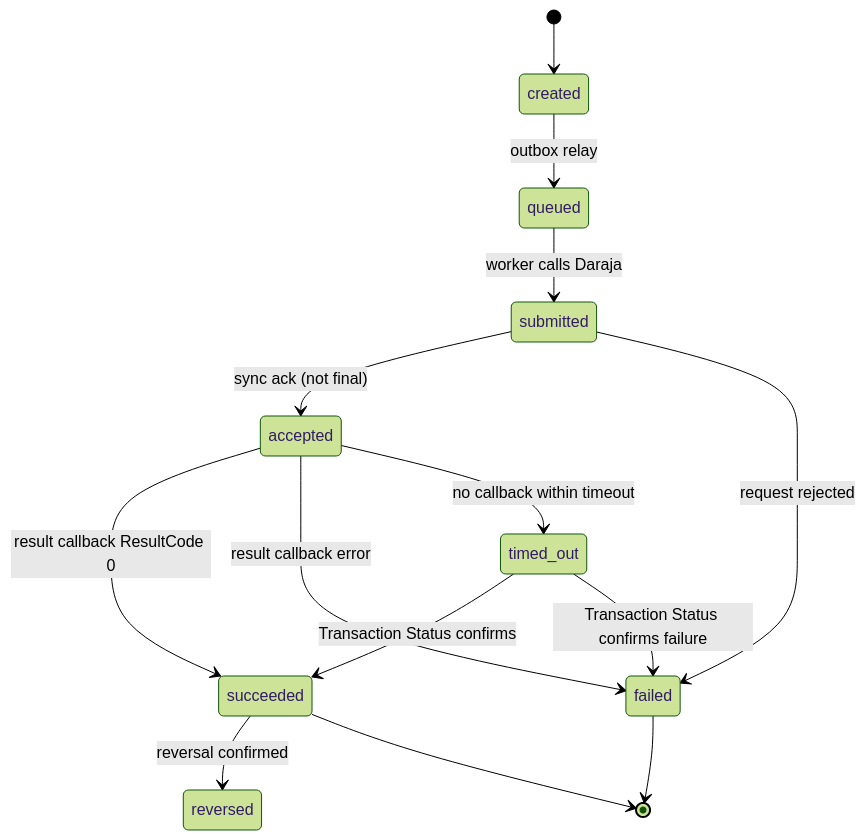
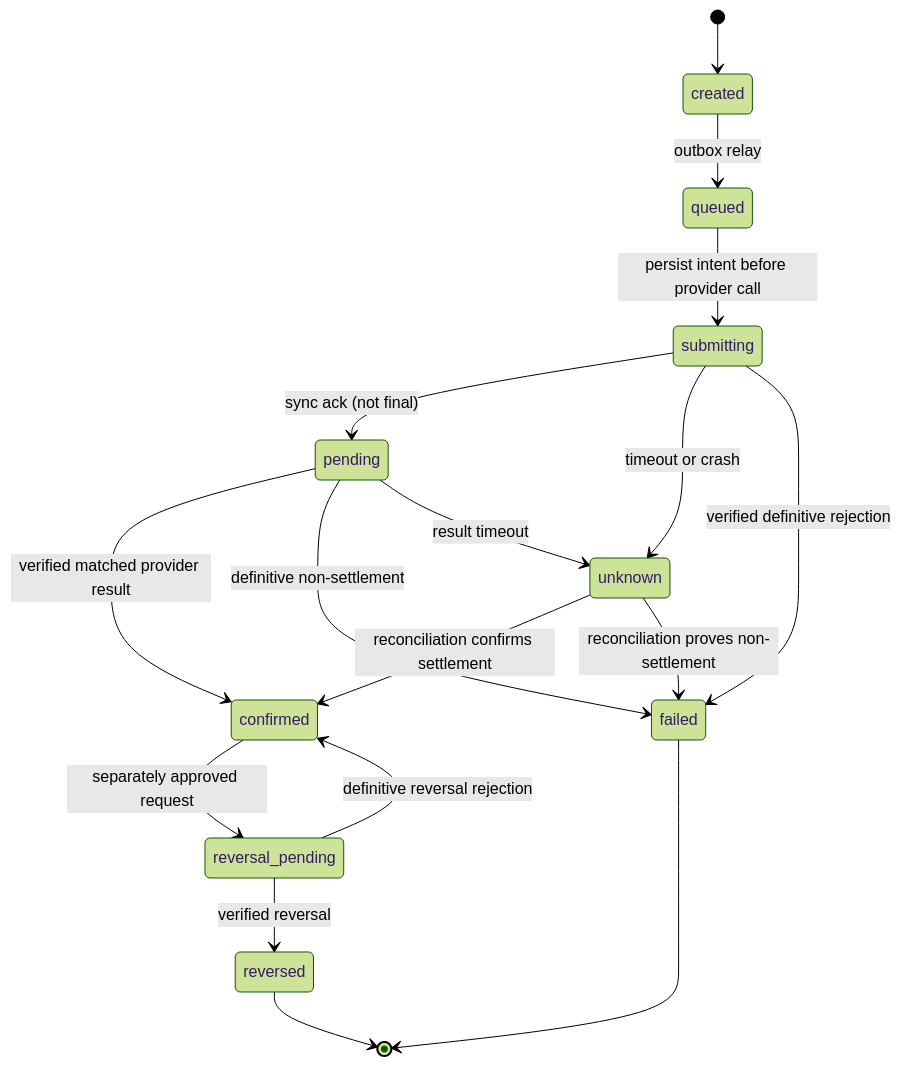
The fifth of 7 diagrams in docs/ARCHITECTURE.md (rosanne-odiero/construction), drawn with Mermaid (forest theme) before and after one commit. The commit also changed other lines of this file and 18 other files, not shown here.

````diff
--- a/docs/ARCHITECTURE.md
+++ b/docs/ARCHITECTURE.md
@@ -449,16 +451,19 @@
 ```mermaid
 stateDiagram-v2
   [*] --> created
   created --> queued: outbox relay
-  queued --> submitted: worker calls Daraja
-  submitted --> accepted: sync ack (not final)
-  submitted --> failed: request rejected
-  accepted --> succeeded: result callback ResultCode 0
-  accepted --> failed: result callback error
-  accepted --> timed_out: no callback within timeout
-  timed_out --> succeeded: Transaction Status confirms
-  timed_out --> failed: Transaction Status confirms failure
-  succeeded --> reversed: reversal confirmed
-  succeeded --> [*]
+  queued --> submitting: persist intent before provider call
+  submitting --> pending: sync ack (not final)
+  submitting --> unknown: timeout or crash
+  submitting --> failed: verified definitive rejection
+  pending --> confirmed: verified matched provider result
+  pending --> failed: definitive non-settlement
+  pending --> unknown: result timeout
+  unknown --> confirmed: reconciliation confirms settlement
+  unknown --> failed: reconciliation proves non-settlement
+  confirmed --> reversal_pending: separately approved request
+  reversal_pending --> reversed: verified reversal
+  reversal_pending --> confirmed: definitive reversal rejection
+  reversed --> [*]
   failed --> [*]
 ```
````
